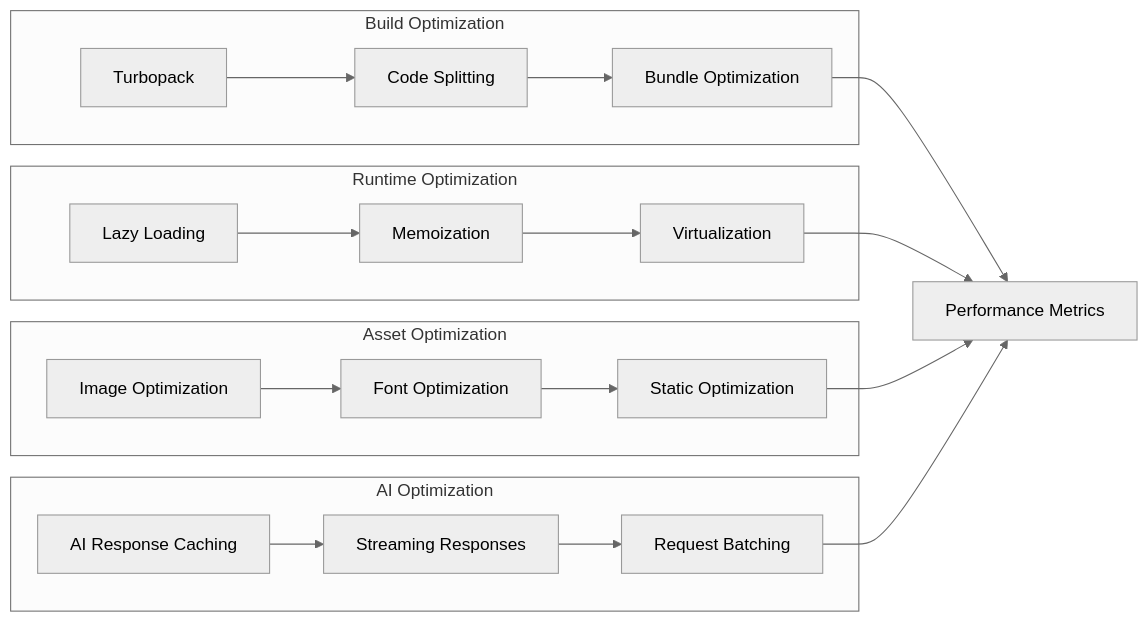
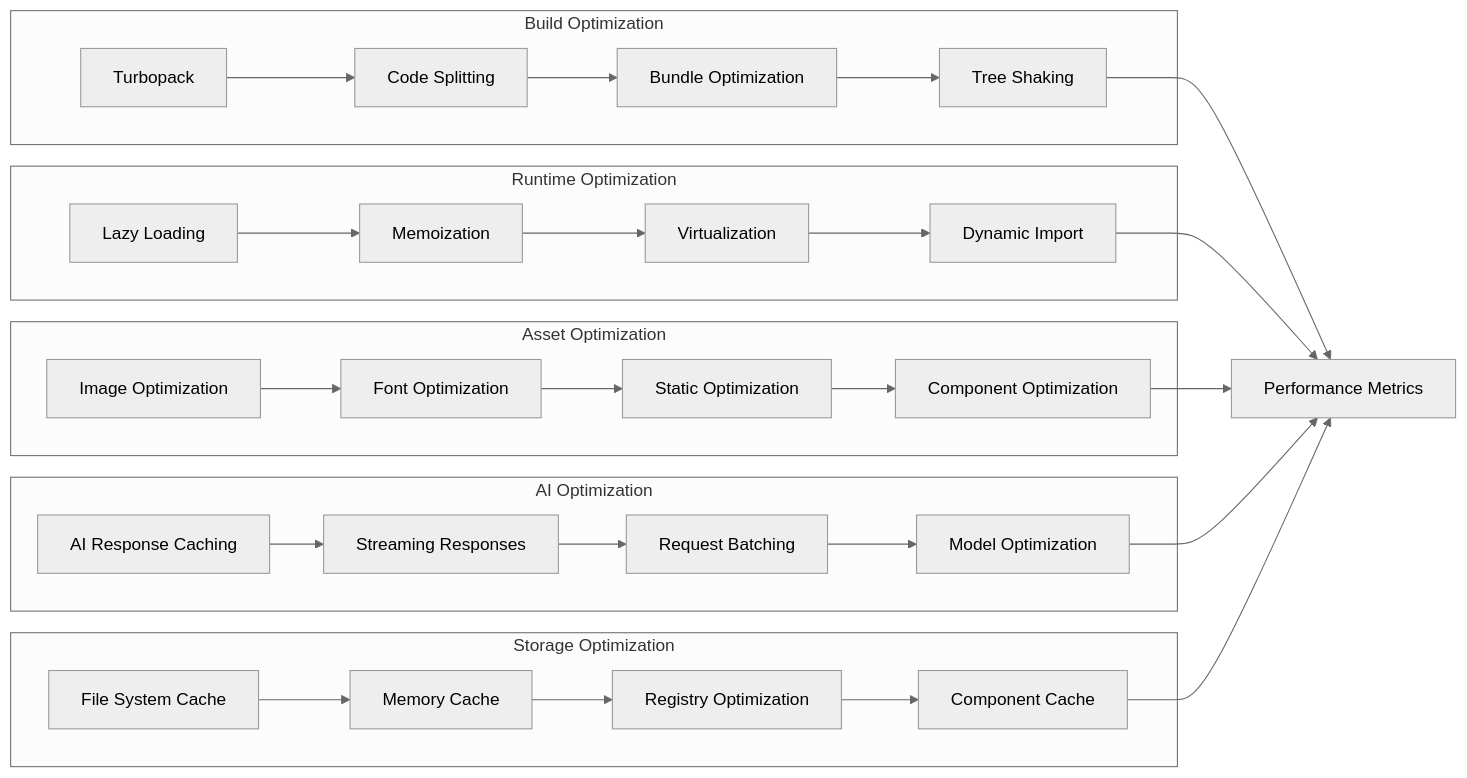
Diagram 12 of 12 in Design.md (thetrungdtt/MathMind), drawn with Mermaid (neutral theme) before and after one commit. The commit also changed other lines of this file, not shown here.

````diff
--- a/Design.md
+++ b/Design.md
@@ -781,43 +1266,63 @@
 ```mermaid
 flowchart LR
     subgraph "Build Optimization"
         Turbopack[Turbopack]
         CodeSplit[Code Splitting]
         BundleOpt[Bundle Optimization]
+        TreeShaking[Tree Shaking]
     end
     
     subgraph "Runtime Optimization"
         LazyLoad[Lazy Loading]
         Memoization[Memoization]
         Virtualization[Virtualization]
+        DynamicImport[Dynamic Import]
     end
     
     subgraph "Asset Optimization"
         ImageOpt[Image Optimization]
         FontOpt[Font Optimization]
         StaticOpt[Static Optimization]
+        ComponentOpt[Component Optimization]
     end
     
     subgraph "AI Optimization"
         Caching[AI Response Caching]
         Streaming[Streaming Responses]
         Batching[Request Batching]
+        ModelOpt[Model Optimization]
+    end
+    
+    subgraph "Storage Optimization"
+        FileCache[File System Cache]
+        MemoryCache[Memory Cache]
+        RegistryOpt[Registry Optimization]
+        CompCache[Component Cache]
     end
     
     Turbopack --> CodeSplit
     CodeSplit --> BundleOpt
+    BundleOpt --> TreeShaking
     
     LazyLoad --> Memoization
     Memoization --> Virtualization
+    Virtualization --> DynamicImport
     
     ImageOpt --> FontOpt
     FontOpt --> StaticOpt
+    StaticOpt --> ComponentOpt
     
     Caching --> Streaming
     Streaming --> Batching
+    Batching --> ModelOpt
     
-    BundleOpt --> Performance[Performance Metrics]
-    Virtualization --> Performance
-    StaticOpt --> Performance
-    Batching --> Performance
+    FileCache --> MemoryCache
+    MemoryCache --> RegistryOpt
+    RegistryOpt --> CompCache
+    
+    TreeShaking --> Performance[Performance Metrics]
+    DynamicImport --> Performance
+    ComponentOpt --> Performance
+    ModelOpt --> Performance
+    CompCache --> Performance
 ```
````
